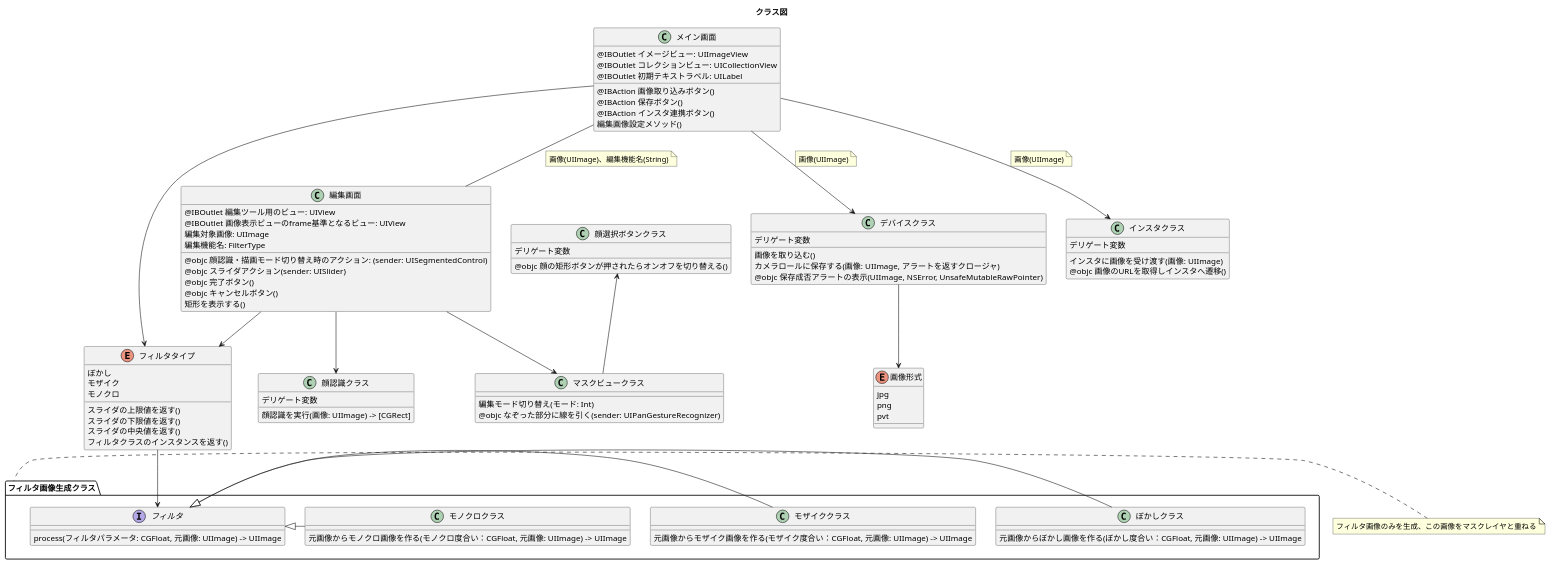
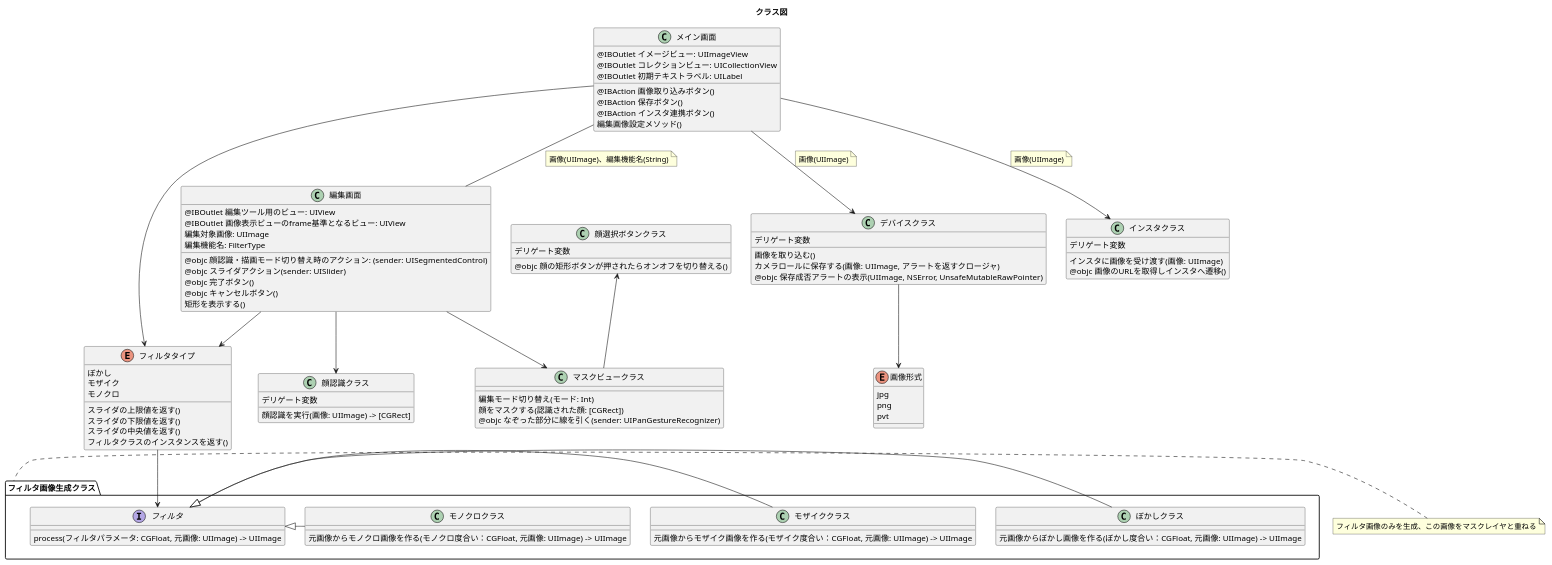
One commit to saganoH/InstaExt changed the diagram in InstaExt/docs/クラス図.plantuml. Above: the diagram before and after it, drawn with PlantUML.

Commit message:
[task] card_216 認識した顔の選択
* クラス図修正

```diff
--- a/InstaExt/docs/クラス図.plantuml
+++ b/InstaExt/docs/クラス図.plantuml
@@ -1,119 +1,120 @@
 @startuml
 title "クラス図"
 
 class メイン画面 {
   @IBOutlet イメージビュー: UIImageView
   @IBOutlet コレクションビュー: UICollectionView
   @IBOutlet 初期テキストラベル: UILabel
   @IBAction 画像取り込みボタン()
   @IBAction 保存ボタン()
   @IBAction インスタ連携ボタン()
   編集画像設定メソッド()
 }
 
 class 編集画面 {
   @IBOutlet 編集ツール用のビュー: UIView
   @IBOutlet 画像表示ビューのframe基準となるビュー: UIView
   編集対象画像: UIImage
   編集機能名: FilterType
   @objc 顔認識・描画モード切り替え時のアクション: (sender: UISegmentedControl)
   @objc スライダアクション(sender: UISlider)
   @objc 完了ボタン()
   @objc キャンセルボタン()
   矩形を表示する()
 }
 
 class 顔選択ボタンクラス {
   デリゲート変数
   @objc 顔の矩形ボタンが押されたらオンオフを切り替える()
 }
 
 class マスクビュークラス {
   編集モード切り替え(モード: Int)
+  顔をマスクする(認識された顔: [CGRect])
   @objc なぞった部分に線を引く(sender: UIPanGestureRecognizer)
 }
 
 class 顔認識クラス {
   デリゲート変数
   顔認識を実行(画像: UIImage) -> [CGRect]
 }
 
 class デバイスクラス {
   デリゲート変数
   画像を取り込む()
   カメラロールに保存する(画像: UIImage, アラートを返すクロージャ)
   @objc 保存成否アラートの表示(UIImage, NSError, UnsafeMutableRawPointer)
 }
 
 class インスタクラス {
   デリゲート変数
   インスタに画像を受け渡す(画像: UIImage)
   @objc 画像のURLを取得しインスタへ遷移()
 }
 
 enum フィルタタイプ {
   ぼかし
   モザイク
   モノクロ
   スライダの上限値を返す()
   スライダの下限値を返す()
   スライダの中央値を返す()
   フィルタクラスのインスタンスを返す()
 }
 
 enum 画像形式 {
   jpg
   png
   pvt
 }
 
 package フィルタ画像生成クラス {
   interface フィルタ {
     process(フィルタパラメータ: CGFloat, 元画像: UIImage) -> UIImage
   }
 
   class ぼかしクラス {
     元画像からぼかし画像を作る(ぼかし度合い：CGFloat, 元画像: UIImage) -> UIImage
   }
 
   class モザイククラス {
     元画像からモザイク画像を作る(モザイク度合い：CGFloat, 元画像: UIImage) -> UIImage
   }
 
   class モノクロクラス {
     元画像からモノクロ画像を作る(モノクロ度合い：CGFloat, 元画像: UIImage) -> UIImage
   }
 
   フィルタ <|- ぼかしクラス
   フィルタ <|- モザイククラス
   フィルタ <|- モノクロクラス
 }
 note left of フィルタ画像生成クラス
   フィルタ画像のみを生成、この画像をマスクレイヤと重ねる
 end note
 
 メイン画面--編集画面
 note left on link
   画像(UIImage)、編集機能名(String)
 end note
 
 メイン画面-->デバイスクラス
 note left on link
   画像(UIImage)
 end note
 
 メイン画面-->インスタクラス
 note left on link
   画像(UIImage)
 end note
 
 編集画面-->マスクビュークラス
 編集画面-->顔認識クラス
 顔選択ボタンクラス<--マスクビュークラス
 
 デバイスクラス-->画像形式
 メイン画面-->フィルタタイプ
 編集画面-->フィルタタイプ
 フィルタタイプ-->フィルタ
 
 @enduml
```
